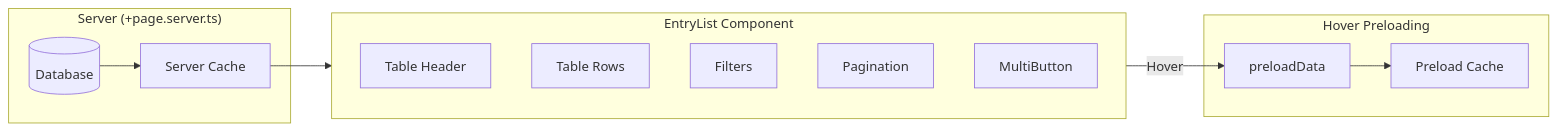
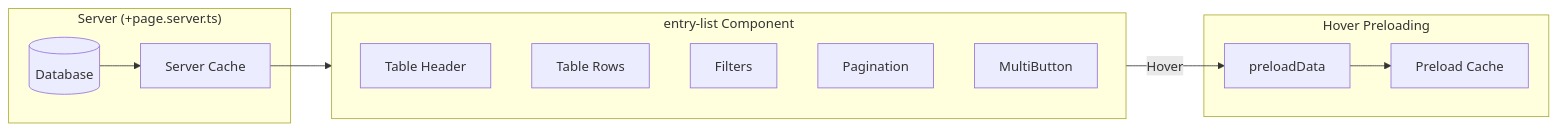
Before and after one commit to SveltyCMS/SveltyCMS: the first of 2 diagrams in docs/architecture/components/EntryList.mdx, drawn with Mermaid. The commit also changed other lines of this file and 353 other files, not shown here.

````diff
--- a/docs/architecture/components/EntryList.mdx
+++ b/docs/architecture/components/EntryList.mdx
@@ -26,26 +26,26 @@
 ```mermaid
 flowchart LR
     subgraph Server["Server (+page.server.ts)"]
         DB[(Database)]
         SC[Server Cache]
     end
 
-    subgraph EntryList["EntryList Component"]
+    subgraph entry-list["entry-list Component"]
         direction TB
         TH[Table Header]
         TR[Table Rows]
         FI[Filters]
         PG[Pagination]
         MB[MultiButton]
     end
 
     subgraph Preload["Hover Preloading"]
         HP[preloadData]
         PC[Preload Cache]
     end
 
     DB --> SC
-    SC --> EntryList
+    SC --> entry-list
     TR -->|Hover| HP
     HP --> PC
 ```
````
